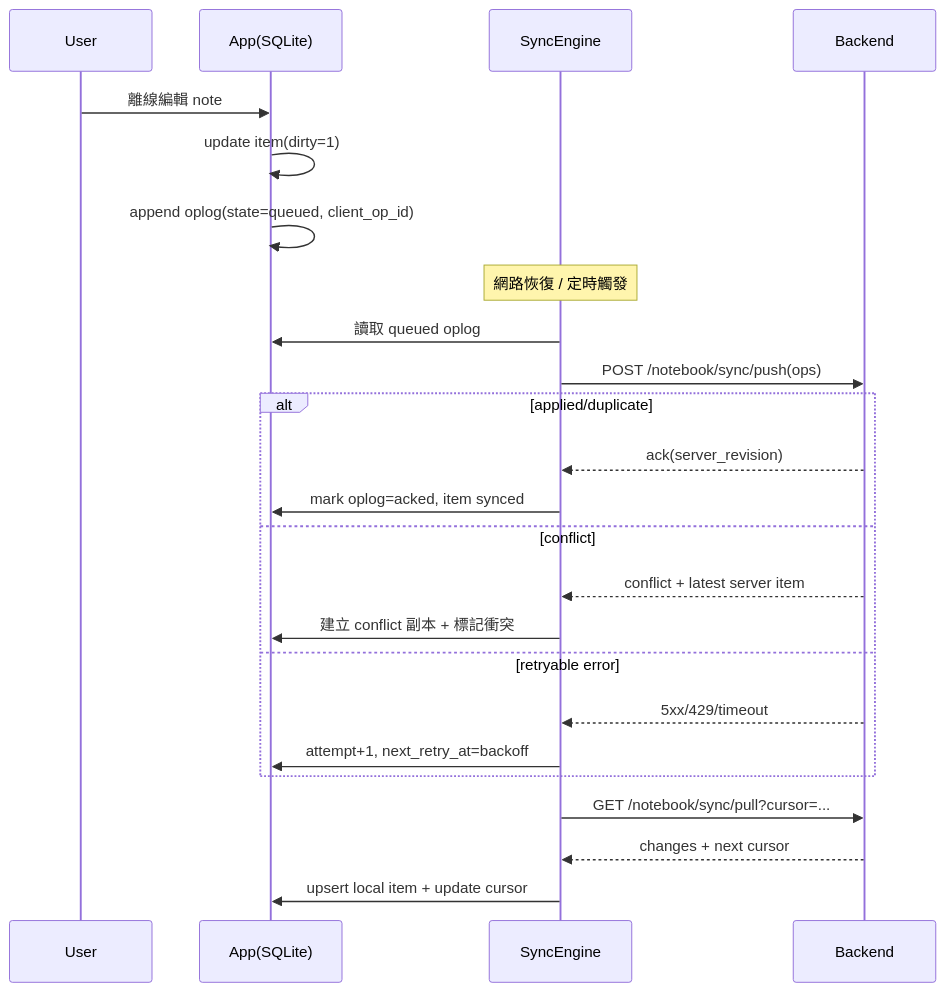
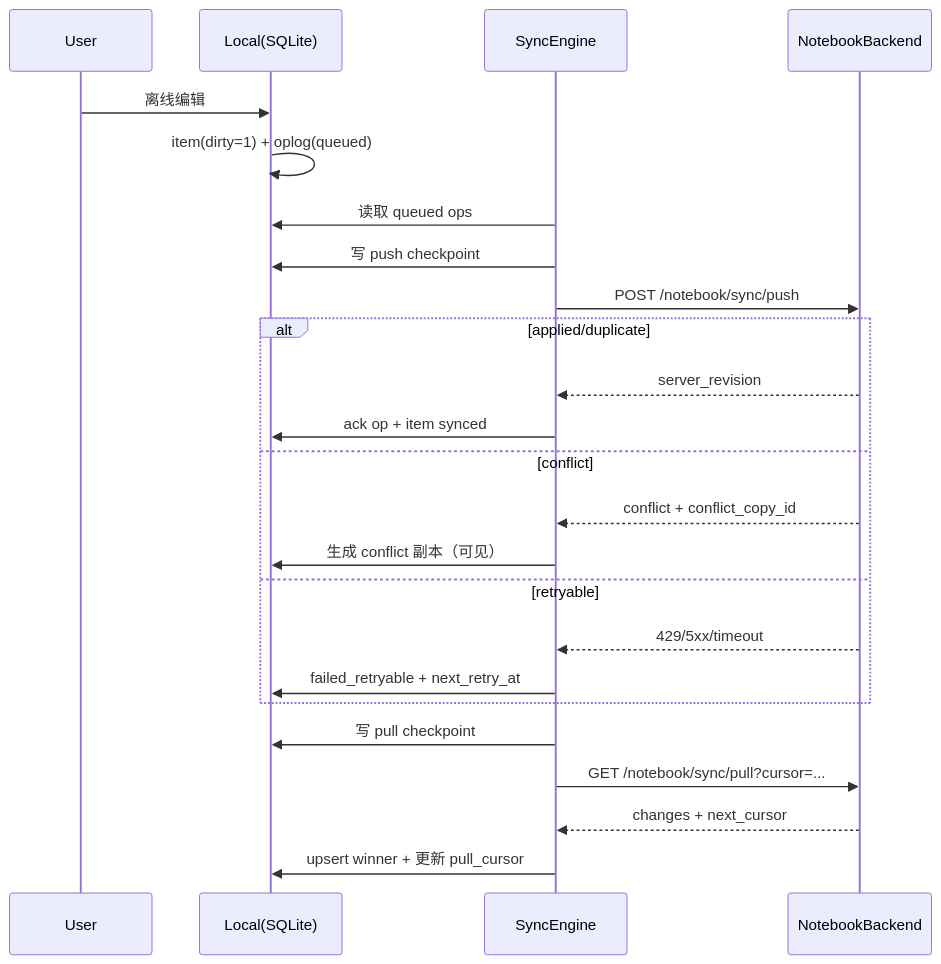
The diagram in docs/app-offline-sync-spec.md (tonywei49/gotradetalk-notebook), drawn with Mermaid before and after one commit. The commit also changed other lines of this file and 2 other files, not shown here.

Commit message:
docs: update app offline sync v1 spec and UAT 09-12 report

````diff
--- a/docs/app-offline-sync-spec.md
+++ b/docs/app-offline-sync-spec.md
@@ -219,29 +231,29 @@
 ```mermaid
 sequenceDiagram
   participant U as User
-  participant A as App(SQLite)
-  participant S as SyncEngine
-  participant B as Backend
+  participant L as Local(SQLite)
+  participant E as SyncEngine
+  participant B as NotebookBackend
 
-  U->>A: 離線編輯 note
-  A->>A: update item(dirty=1)
-  A->>A: append oplog(state=queued, client_op_id)
+  U->>L: 离线编辑
+  L->>L: item(dirty=1) + oplog(queued)
 
-  Note over S: 網路恢復 / 定時觸發
-  S->>A: 讀取 queued oplog
-  S->>B: POST /notebook/sync/push(ops)
+  E->>L: 读取 queued ops
+  E->>L: 写 push checkpoint
+  E->>B: POST /notebook/sync/push
   alt applied/duplicate
-    B-->>S: ack(server_revision)
-    S->>A: mark oplog=acked, item synced
+    B-->>E: server_revision
+    E->>L: ack op + item synced
   else conflict
-    B-->>S: conflict + latest server item
-    S->>A: 建立 conflict 副本 + 標記衝突
-  else retryable error
-    B-->>S: 5xx/429/timeout
-    S->>A: attempt+1, next_retry_at=backoff
+    B-->>E: conflict + conflict_copy_id
+    E->>L: 生成 conflict 副本（可见）
+  else retryable
+    B-->>E: 429/5xx/timeout
+    E->>L: failed_retryable + next_retry_at
   end
 
-  S->>B: GET /notebook/sync/pull?cursor=...
-  B-->>S: changes + next cursor
-  S->>A: upsert local item + update cursor
+  E->>L: 写 pull checkpoint
+  E->>B: GET /notebook/sync/pull?cursor=...
+  B-->>E: changes + next_cursor
+  E->>L: upsert winner + 更新 pull_cursor
 ```
````
